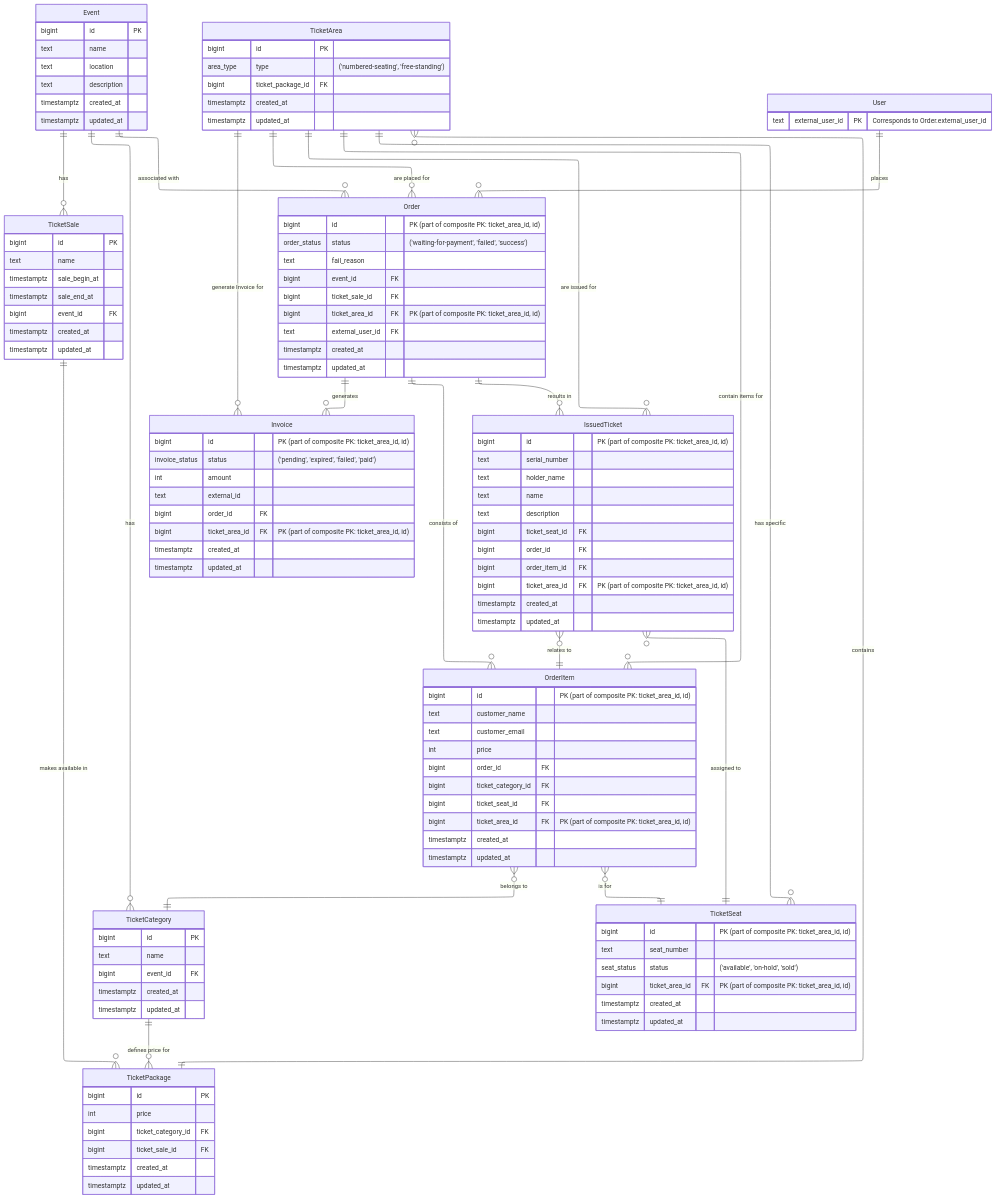
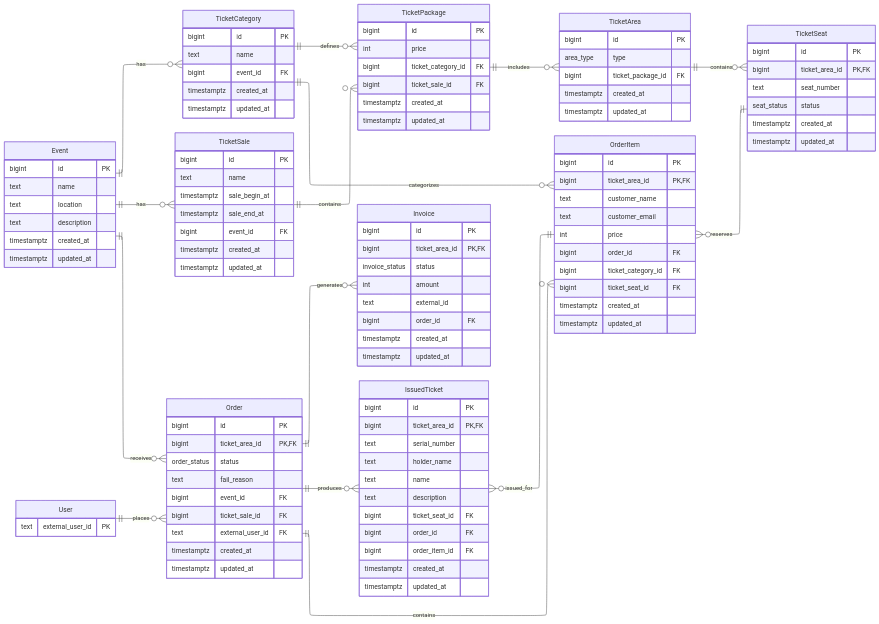
Before and after one commit to akbarmridho/tugas-akhir: the diagram in document/src/resources/chapter-3/erd.mmd, drawn with Mermaid. The commit also changed 4 other files, not shown here.

```diff
--- a/document/src/resources/chapter-3/erd.mmd
+++ b/document/src/resources/chapter-3/erd.mmd
@@ -1,121 +1,118 @@
 ---
 config:
   layout: elk
   theme: default
 ---
 erDiagram
+    direction LR
     Event {
         bigint id PK
         text name
         text location
         text description
         timestamptz created_at
         timestamptz updated_at
     }
     TicketCategory {
         bigint id PK
         text name
         bigint event_id FK
         timestamptz created_at
         timestamptz updated_at
     }
     TicketSale {
         bigint id PK
         text name
         timestamptz sale_begin_at
         timestamptz sale_end_at
         bigint event_id FK
         timestamptz created_at
         timestamptz updated_at
     }
     TicketPackage {
         bigint id PK
         int price
         bigint ticket_category_id FK
         bigint ticket_sale_id FK
         timestamptz created_at
         timestamptz updated_at
     }
     TicketArea {
         bigint id PK
-        area_type type "('numbered-seating', 'free-standing')"
+        area_type type
         bigint ticket_package_id FK
         timestamptz created_at
         timestamptz updated_at
     }
     TicketSeat {
-        bigint id "PK (part of composite PK: ticket_area_id, id)"
+        bigint id PK
+        bigint ticket_area_id PK, FK
         text seat_number
-        seat_status status "('available', 'on-hold', 'sold')"
-        bigint ticket_area_id FK "PK (part of composite PK: ticket_area_id, id)"
+        seat_status status
         timestamptz created_at
         timestamptz updated_at
     }
     User {
-        text external_user_id PK "Corresponds to Order.external_user_id"
+        text external_user_id PK
     }
     Order {
-        bigint id "PK (part of composite PK: ticket_area_id, id)"
-        order_status status "('waiting-for-payment', 'failed', 'success')"
+        bigint id PK
+        bigint ticket_area_id PK, FK
+        order_status status
         text fail_reason
         bigint event_id FK
         bigint ticket_sale_id FK
-        bigint ticket_area_id FK "PK (part of composite PK: ticket_area_id, id)"
         text external_user_id FK
         timestamptz created_at
         timestamptz updated_at
     }
     OrderItem {
-        bigint id "PK (part of composite PK: ticket_area_id, id)"
+        bigint id PK
+        bigint ticket_area_id PK, FK
         text customer_name
         text customer_email
         int price
         bigint order_id FK
         bigint ticket_category_id FK
         bigint ticket_seat_id FK
-        bigint ticket_area_id FK "PK (part of composite PK: ticket_area_id, id)"
         timestamptz created_at
         timestamptz updated_at
     }
     Invoice {
-        bigint id "PK (part of composite PK: ticket_area_id, id)"
-        invoice_status status "('pending', 'expired', 'failed', 'paid')"
+        bigint id PK
+        bigint ticket_area_id PK, FK
+        invoice_status status
         int amount
         text external_id
         bigint order_id FK
-        bigint ticket_area_id FK "PK (part of composite PK: ticket_area_id, id)"
         timestamptz created_at
         timestamptz updated_at
     }
     IssuedTicket {
-        bigint id "PK (part of composite PK: ticket_area_id, id)"
+        bigint id PK
+        bigint ticket_area_id PK, FK
         text serial_number
         text holder_name
         text name
         text description
         bigint ticket_seat_id FK
         bigint order_id FK
         bigint order_item_id FK
-        bigint ticket_area_id FK "PK (part of composite PK: ticket_area_id, id)"
         timestamptz created_at
         timestamptz updated_at
     }
+    
     Event ||--o{ TicketCategory : "has"
     Event ||--o{ TicketSale : "has"
-    Event ||--o{ Order : "associated with"
-    TicketCategory ||--o{ TicketPackage : "defines price for"
-    TicketSale ||--o{ TicketPackage : "makes available in"
-    TicketPackage ||--o{ TicketArea : "contains"
-    TicketArea ||--o{ TicketSeat : "has specific"
-    TicketArea ||--o{ Order : "are placed for"
-    TicketArea ||--o{ OrderItem : "contain items for"
-    TicketArea ||--o{ Invoice : "generate Invoice for"
-    TicketArea ||--o{ IssuedTicket : "are issued for"
+    Event ||--o{ Order : "receives"
     User ||--o{ Order : "places"
-    Order ||--o{ OrderItem : "consists of"
+    TicketSale ||--o{ TicketPackage : "contains"
+    TicketCategory ||--o{ TicketPackage : "defines"
+    TicketPackage ||--o{ TicketArea : "includes"
+    TicketArea ||--o{ TicketSeat : "contains"
+    Order ||--o{ OrderItem : "contains"
     Order ||--o{ Invoice : "generates"
-    Order ||--o{ IssuedTicket : "results in"
-    OrderItem }o--|| TicketCategory : "belongs to"
-    OrderItem }o--|| TicketSeat : "is for"
-    IssuedTicket }o--|| OrderItem : "relates to"
-    IssuedTicket }o--|| TicketSeat : "assigned to"
+    Order ||--o{ IssuedTicket : "produces"
+    OrderItem }o--|| TicketSeat : "reserves"
+    IssuedTicket }o--|| OrderItem : "issued_for"
+    TicketCategory ||--o{ OrderItem : "categorizes"
```
